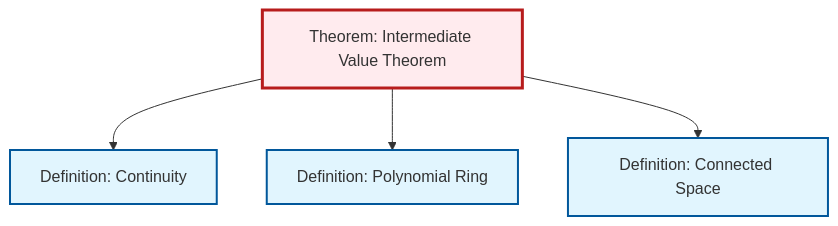
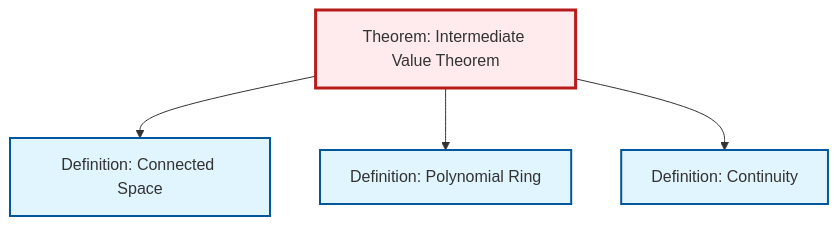
One commit to RK0429/ModernMath changed the diagram in content/en/topology/thm-intermediate-value.qmd. Above: the diagram before and after it, drawn with Mermaid. The commit also changed other lines of this file and 531 other files, not shown here.

````diff
--- a/content/en/topology/thm-intermediate-value.qmd
+++ b/content/en/topology/thm-intermediate-value.qmd
@@ -51,20 +51,20 @@
 ```{mermaid}
 %%| fig-cap: "Local dependency graph"
 graph TD
     classDef definition fill:#e1f5fe,stroke:#01579b,stroke-width:2px
     classDef theorem fill:#f3e5f5,stroke:#4a148c,stroke-width:2px
     classDef axiom fill:#fff3e0,stroke:#e65100,stroke-width:2px
     classDef example fill:#e8f5e9,stroke:#1b5e20,stroke-width:2px
     classDef current fill:#ffebee,stroke:#b71c1c,stroke-width:3px
+    def-continuity["Definition: Continuity"]:::definition
+    def-connected["Definition: Connected Space"]:::definition
     thm-intermediate-value["Theorem: Intermediate Value Theorem"]:::theorem
-    def-continuity["Definition: Continuity"]:::definition
     def-polynomial-ring["Definition: Polynomial Ring"]:::definition
-    def-connected["Definition: Connected Space"]:::definition
+    thm-intermediate-value --> def-connected
+    thm-intermediate-value --> def-polynomial-ring
     thm-intermediate-value --> def-continuity
-    thm-intermediate-value --> def-polynomial-ring
-    thm-intermediate-value --> def-connected
     class thm-intermediate-value current
     click def-continuity "def-continuity.html" "Go to Continuity definition"
+    click def-connected "def-connected.html" "Go to Connected Space definition"
     click def-polynomial-ring "def-polynomial-ring.html" "Go to Polynomial Ring definition"
-    click def-connected "def-connected.html" "Go to Connected Space definition"
 ```
````
